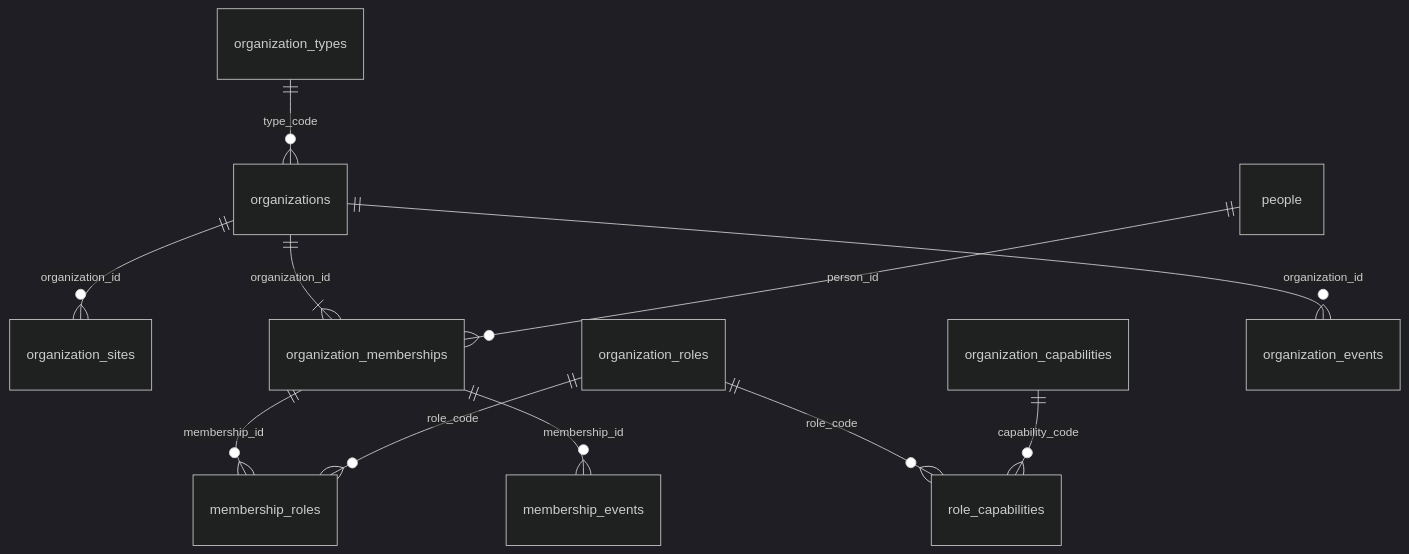
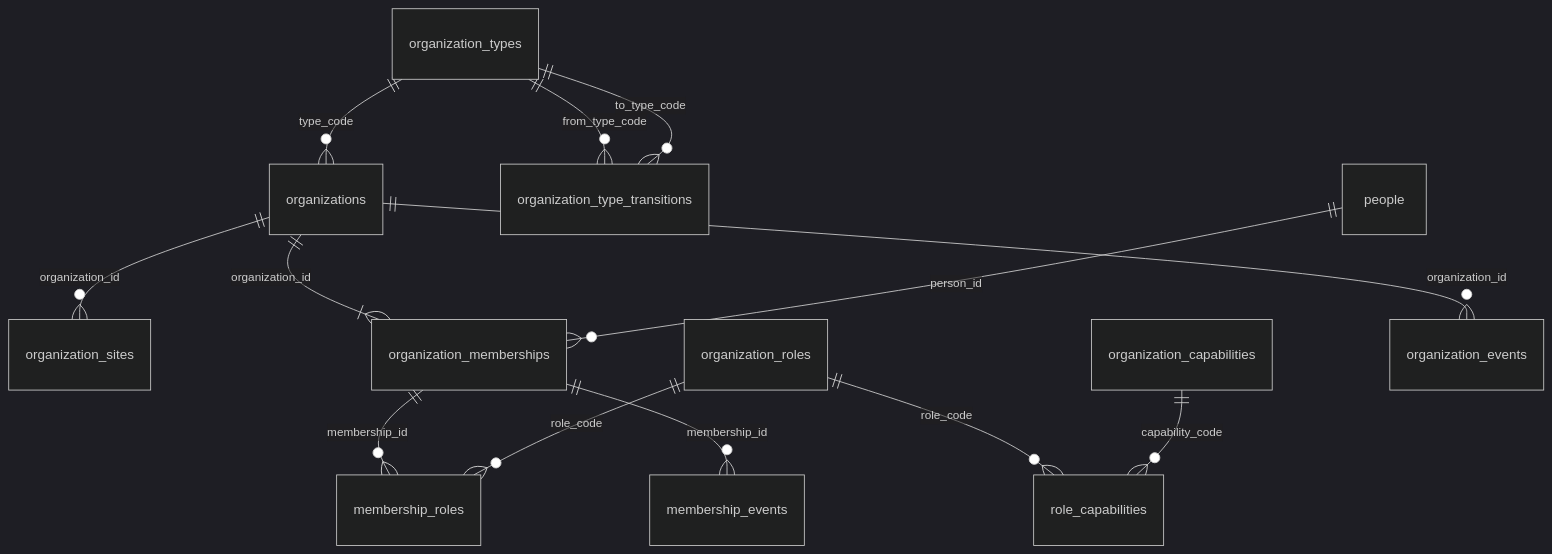
The second of 9 diagrams in platform/database/refactor/03_PROPOSED_DESIGN/V1_LOGICAL_ERD.md (allfitone/allfitone-docs), drawn with Mermaid (dark theme) before and after one commit. The commit also changed other lines of this file and 20 other files, not shown here.

````diff
--- a/platform/database/refactor/03_PROPOSED_DESIGN/V1_LOGICAL_ERD.md
+++ b/platform/database/refactor/03_PROPOSED_DESIGN/V1_LOGICAL_ERD.md
@@ -136,13 +136,15 @@
 ```mermaid
 erDiagram
     organization_types ||--o{ organizations : "type_code"
+    organization_types ||--o{ organization_type_transitions : "from_type_code"
+    organization_types ||--o{ organization_type_transitions : "to_type_code"
     organizations ||--o{ organization_sites : "organization_id"
     organizations ||--|{ organization_memberships : "organization_id"
     people ||--o{ organization_memberships : "person_id"
     organization_memberships ||--o{ membership_roles : "membership_id"
     organization_roles ||--o{ membership_roles : "role_code"
     organization_roles ||--o{ role_capabilities : "role_code"
     organization_capabilities ||--o{ role_capabilities : "capability_code"
     organizations ||--o{ organization_events : "organization_id"
     organization_memberships ||--o{ membership_events : "membership_id"
 ```
````
